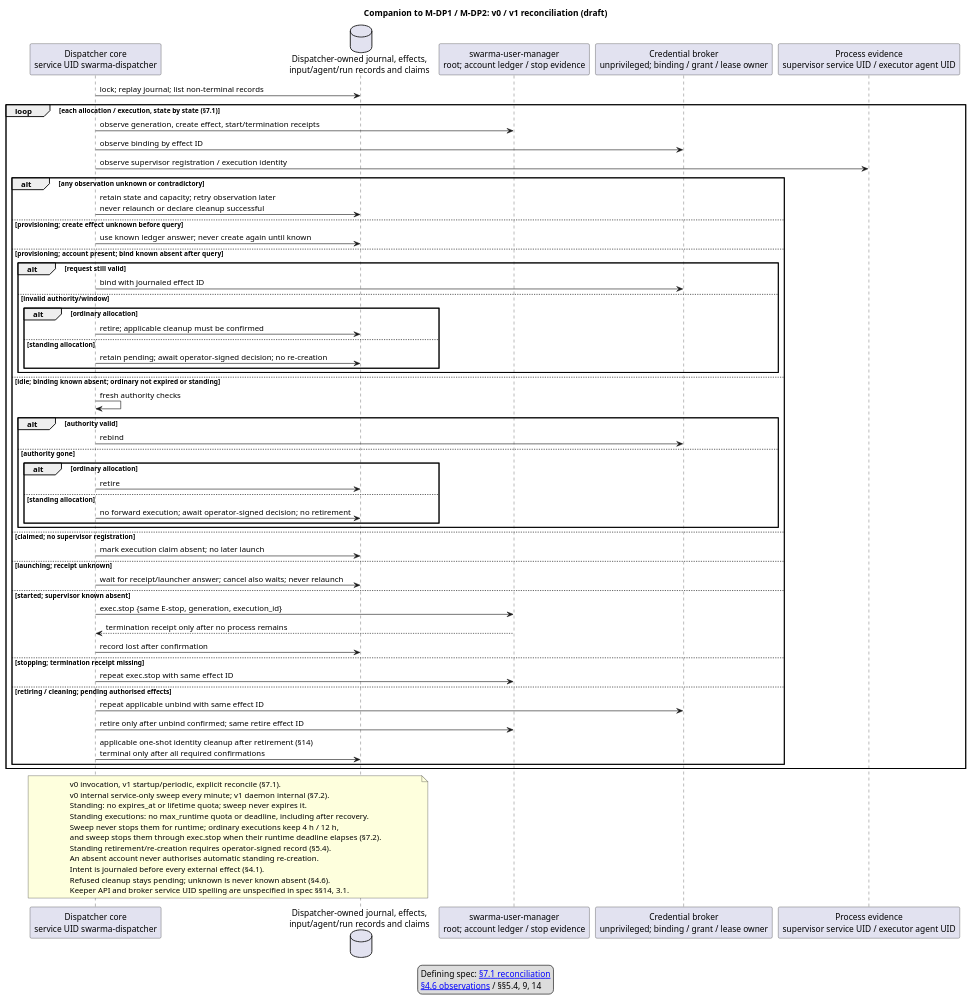
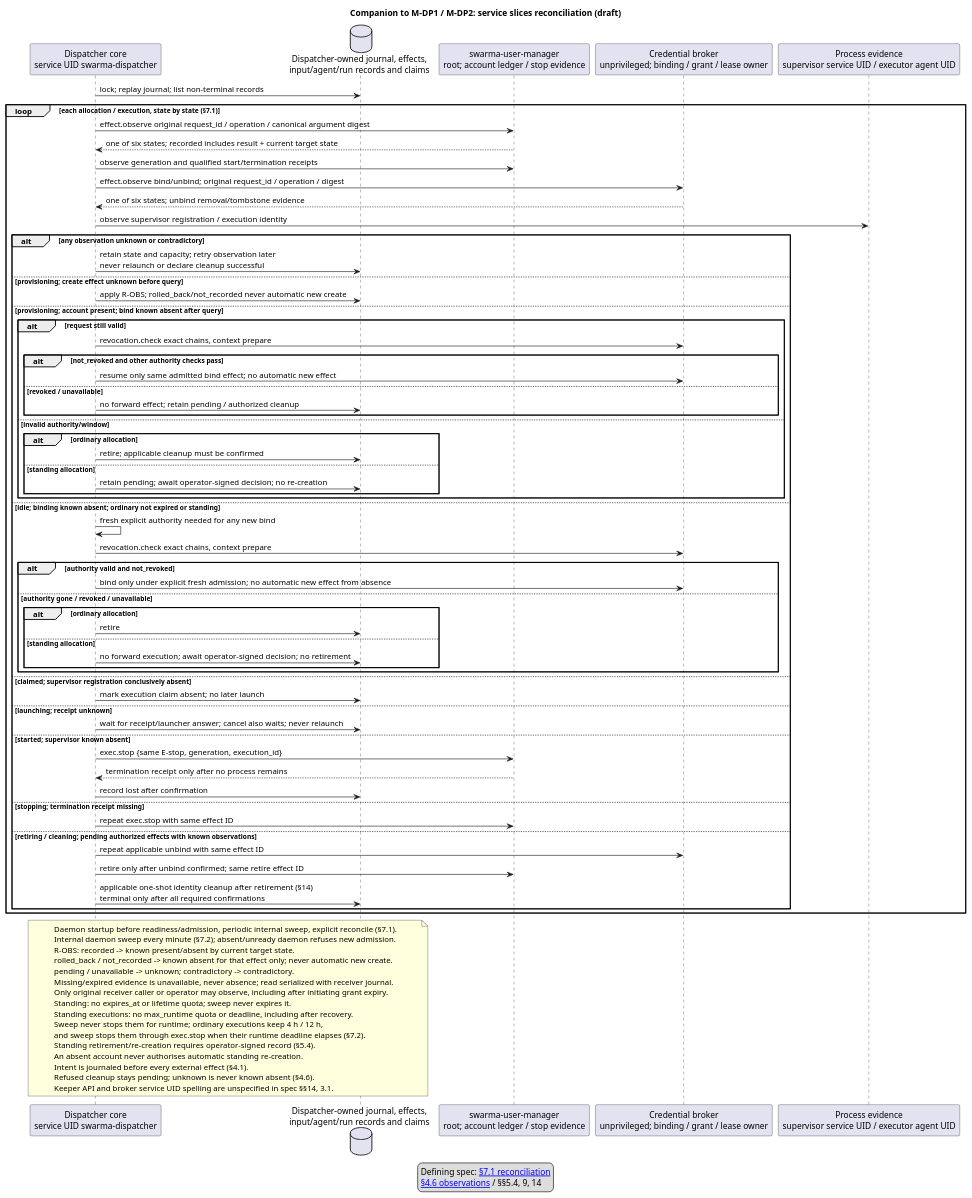
Before and after one commit to relux-works/curator-dispatcher: the diagram in diagrams/reconcile.puml, drawn with PlantUML. The commit also changed 10 other files, not shown here.

First line of the commit message:
Apply accepted review findings: socket service from slice 0, host_start, maintenance stop, requester-signed delegation, revocation.check, effect observations (owner 2026-10-12) (TASK-261012-xlw4pi)

```diff
--- a/diagrams/reconcile.puml
+++ b/diagrams/reconcile.puml
@@ -1,71 +1,85 @@
 @startuml reconcile
-title Companion to M-DP1 / M-DP2: v0 / v1 reconciliation (draft)
+title Companion to M-DP1 / M-DP2: service slices reconciliation (draft)
 participant "Dispatcher core\nservice UID swarma-dispatcher" as D
 database "Dispatcher-owned journal, effects,\ninput/agent/run records and claims" as J
 participant "swarma-user-manager\nroot; account ledger / stop evidence" as H
 participant "Credential broker\nunprivileged; binding / grant / lease owner" as B
 participant "Process evidence\nsupervisor service UID / executor agent UID" as P
 D -> J : lock; replay journal; list non-terminal records
 loop each allocation / execution, state by state (§7.1)
-  D -> H : observe generation, create effect, start/termination receipts
-  D -> B : observe binding by effect ID
+  D -> H : effect.observe original request_id / operation / canonical argument digest
+  H --> D : one of six states; recorded includes result + current target state
+  D -> H : observe generation and qualified start/termination receipts
+  D -> B : effect.observe bind/unbind; original request_id / operation / digest
+  B --> D : one of six states; unbind removal/tombstone evidence
   D -> P : observe supervisor registration / execution identity
   alt any observation unknown or contradictory
     D -> J : retain state and capacity; retry observation later\nnever relaunch or declare cleanup successful
   else provisioning; create effect unknown before query
-    D -> J : use known ledger answer; never create again until known
+    D -> J : apply R-OBS; rolled_back/not_recorded never automatic new create
   else provisioning; account present; bind known absent after query
     alt request still valid
-      D -> B : bind with journaled effect ID
+      D -> B : revocation.check exact chains, context prepare
+      alt not_revoked and other authority checks pass
+        D -> B : resume only same admitted bind effect; no automatic new effect
+      else revoked / unavailable
+        D -> J : no forward effect; retain pending / authorized cleanup
+      end
     else invalid authority/window
       alt ordinary allocation
         D -> J : retire; applicable cleanup must be confirmed
       else standing allocation
         D -> J : retain pending; await operator-signed decision; no re-creation
       end
     end
   else idle; binding known absent; ordinary not expired or standing
-    D -> D : fresh authority checks
-    alt authority valid
-      D -> B : rebind
-    else authority gone
+    D -> D : fresh explicit authority needed for any new bind
+    D -> B : revocation.check exact chains, context prepare
+    alt authority valid and not_revoked
+      D -> B : bind only under explicit fresh admission; no automatic new effect from absence
+    else authority gone / revoked / unavailable
       alt ordinary allocation
         D -> J : retire
       else standing allocation
         D -> J : no forward execution; await operator-signed decision; no retirement
       end
     end
-  else claimed; no supervisor registration
+  else claimed; supervisor registration conclusively absent
     D -> J : mark execution claim absent; no later launch
   else launching; receipt unknown
     D -> J : wait for receipt/launcher answer; cancel also waits; never relaunch
   else started; supervisor known absent
     D -> H : exec.stop {same E-stop, generation, execution_id}
     H --> D : termination receipt only after no process remains
     D -> J : record lost after confirmation
   else stopping; termination receipt missing
     D -> H : repeat exec.stop with same effect ID
-  else retiring / cleaning; pending authorised effects
+  else retiring / cleaning; pending authorized effects with known observations
     D -> B : repeat applicable unbind with same effect ID
     D -> H : retire only after unbind confirmed; same retire effect ID
     D -> J : applicable one-shot identity cleanup after retirement (§14)\nterminal only after all required confirmations
   end
 end
 note over D,J
-  v0 invocation, v1 startup/periodic, explicit reconcile (§7.1).
-  v0 internal service-only sweep every minute; v1 daemon internal (§7.2).
+  Daemon startup before readiness/admission, periodic internal sweep, explicit reconcile (§7.1).
+  Internal daemon sweep every minute (§7.2); absent/unready daemon refuses new admission.
+  R-OBS: recorded -> known present/absent by current target state.
+  rolled_back / not_recorded -> known absent for that effect only; never automatic new create.
+  pending / unavailable -> unknown; contradictory -> contradictory.
+  Missing/expired evidence is unavailable, never absence; read serialized with receiver journal.
+  Only original receiver caller or operator may observe, including after initiating grant expiry.
   Standing: no expires_at or lifetime quota; sweep never expires it.
   Standing executions: no max_runtime quota or deadline, including after recovery.
   Sweep never stops them for runtime; ordinary executions keep 4 h / 12 h,
   and sweep stops them through exec.stop when their runtime deadline elapses (§7.2).
   Standing retirement/re-creation requires operator-signed record (§5.4).
   An absent account never authorises automatic standing re-creation.
   Intent is journaled before every external effect (§4.1).
   Refused cleanup stays pending; unknown is never known absent (§4.6).
   Keeper API and broker service UID spelling are unspecified in spec §§14, 3.1.
 end note
 legend
   Defining spec: [[https://github.com/relux-works/swarma-dispatcher/blob/main/spec/dispatcher.md#71-reconciliation §7.1 reconciliation]]
   [[https://github.com/relux-works/swarma-dispatcher/blob/main/spec/dispatcher.md#46-observations §4.6 observations]] / §§5.4, 9, 14
 endlegend
 @enduml
```
